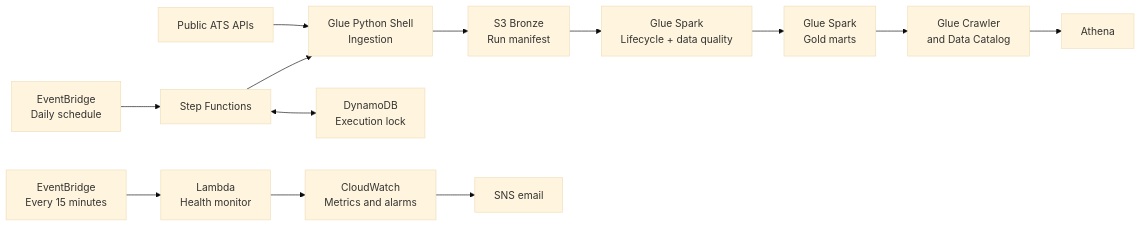
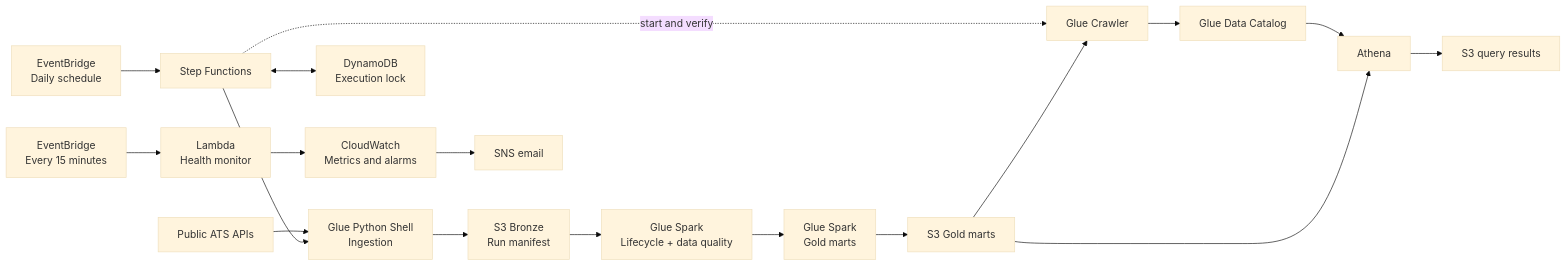
The diagram in README.md (Viluoicode/Job-Market-Pipeline-cloud), drawn with Mermaid (base theme) before and after one commit. The commit also changed 3 other files, not shown here.

````diff
--- a/README.md
+++ b/README.md
@@ -21,15 +21,20 @@
 ```mermaid
 flowchart LR
     ATS[Public ATS APIs] --> INGEST[Glue Python Shell\nIngestion]
     EVENT[EventBridge\nDaily schedule] --> SFN[Step Functions]
     SFN <--> LOCK[DynamoDB\nExecution lock]
     SFN --> INGEST
     INGEST --> BRONZE[S3 Bronze\nRun manifest]
     BRONZE --> SILVER[Glue Spark\nLifecycle + data quality]
     SILVER --> GOLD[Glue Spark\nGold marts]
-    GOLD --> CATALOG[Glue Crawler\nand Data Catalog]
+    GOLD --> GOLD_DATA[S3 Gold marts]
+    SFN -. start and verify .-> CRAWLER[Glue Crawler]
+    GOLD_DATA --> CRAWLER
+    CRAWLER --> CATALOG[Glue Data Catalog]
     CATALOG --> ATHENA[Athena]
+    GOLD_DATA --> ATHENA
+    ATHENA --> RESULTS[S3 query results]
     MONITOR_EVENT[EventBridge\nEvery 15 minutes] --> MONITOR[Lambda\nHealth monitor]
     MONITOR --> CW[CloudWatch\nMetrics and alarms]
     CW --> SNS[SNS email]
 ```
````
